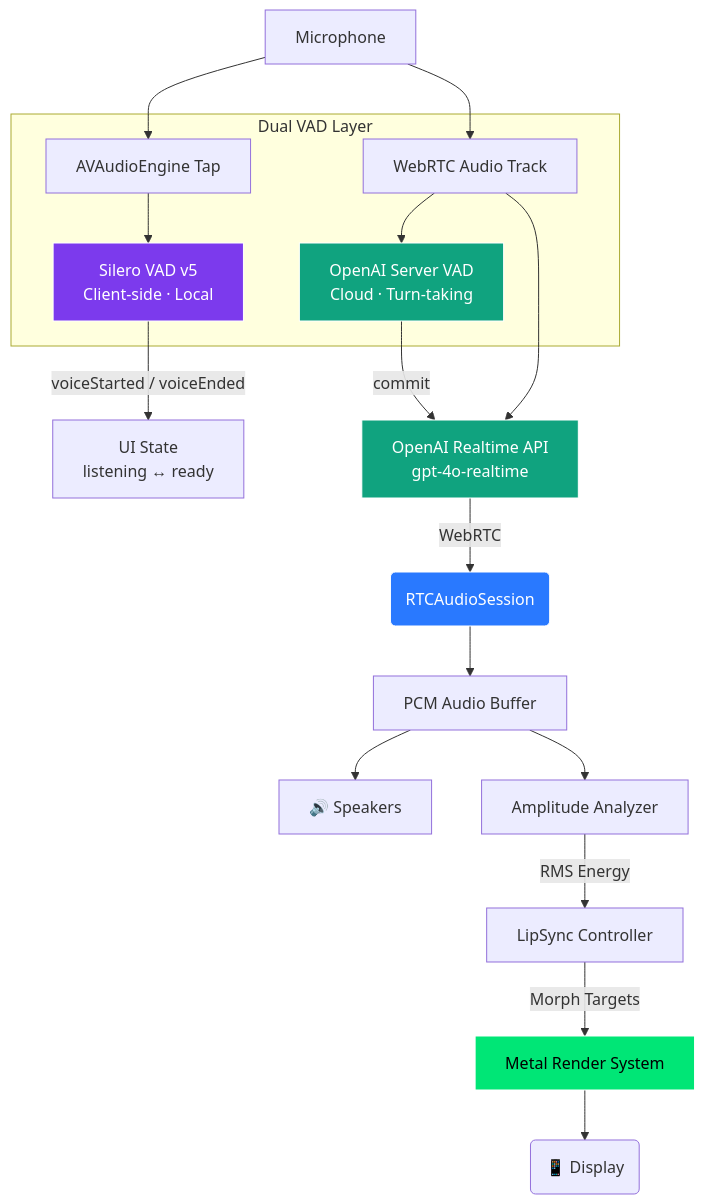
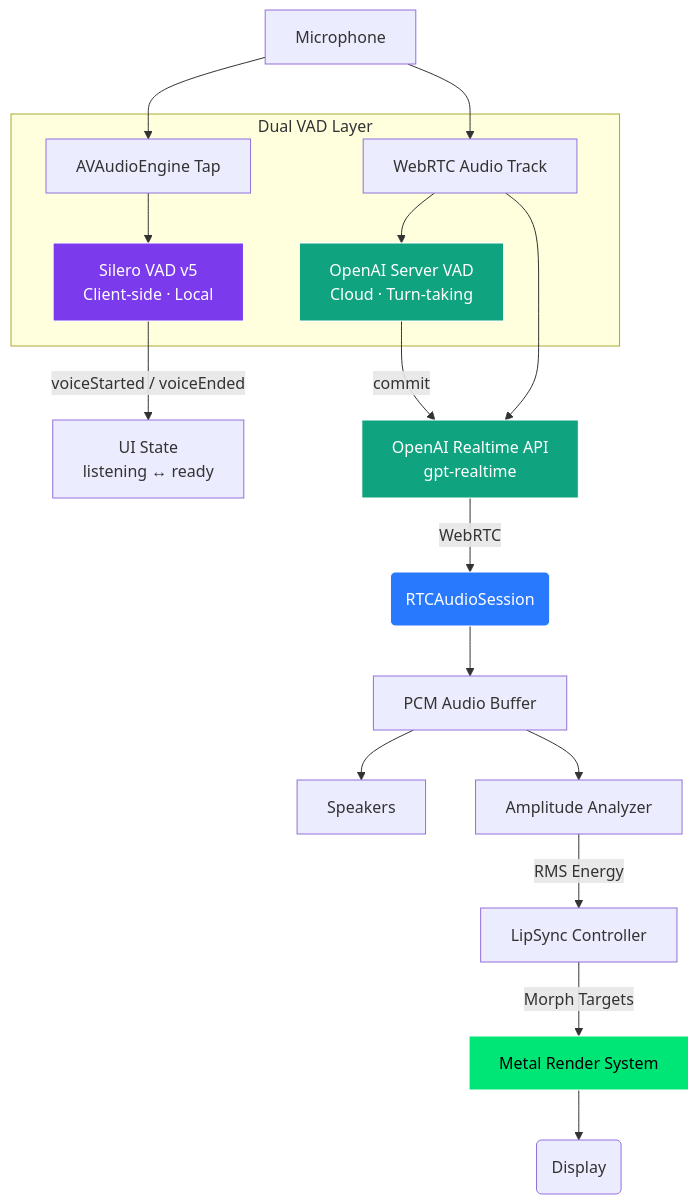
One commit to kevinliddel/NeuraLink changed the first of 3 diagrams in README.md. Above: the diagram before and after it, drawn with Mermaid. The commit also changed other lines of this file and 4 other files, not shown here.

````diff
--- a/README.md
+++ b/README.md
@@ -44,30 +53,30 @@
 ```mermaid
 graph TD
     MIC[Microphone]
 
     MIC --> WebRTC[WebRTC Audio Track]
     MIC --> Tap[AVAudioEngine Tap]
 
     subgraph VAD [Dual VAD Layer]
         Tap --> Silero[Silero VAD v5\nClient-side · Local]
         WebRTC --> ServerVAD[OpenAI Server VAD\nCloud · Turn-taking]
     end
 
-    Silero -- voiceStarted / voiceEnded --> UIState[UI State\nlistening ↔ ready]
-    ServerVAD -- commit --> API
+    Silero -- "  voiceStarted / voiceEnded  " --> UIState[UI State\nlistening ↔ ready]
+    ServerVAD -- "  commit  " --> API
 
-    WebRTC --> API[OpenAI Realtime API\ngpt-4o-realtime]
-    API -- WebRTC --> RTC(RTCAudioSession)
+    WebRTC --> API[OpenAI Realtime API\ngpt-realtime]
+    API -- "  WebRTC  " --> RTC(RTCAudioSession)
     RTC --> Buffer[PCM Audio Buffer]
-    Buffer --> Output[🔊 Speakers]
+    Buffer --> Output[Speakers]
     Buffer --> Analyzer[Amplitude Analyzer]
-    Analyzer -- RMS Energy --> Controller[LipSync Controller]
-    Controller -- Morph Targets --> Metal[Metal Render System]
-    Metal --> Screen(📱 Display)
+    Analyzer -- "  RMS Energy  " --> Controller[LipSync Controller]
+    Controller -- "  Morph Targets  " --> Metal[Metal Render System]
+    Metal --> Screen(Display)
 
     style Silero fill:#7c3aed,stroke:#fff,color:#fff
     style ServerVAD fill:#10a37f,stroke:#fff,color:#fff
     style API fill:#10a37f,stroke:#fff,color:#fff
     style Metal fill:#00e676,stroke:#fff,color:#000
     style RTC fill:#2979ff,stroke:#fff,color:#fff
 ```
````
